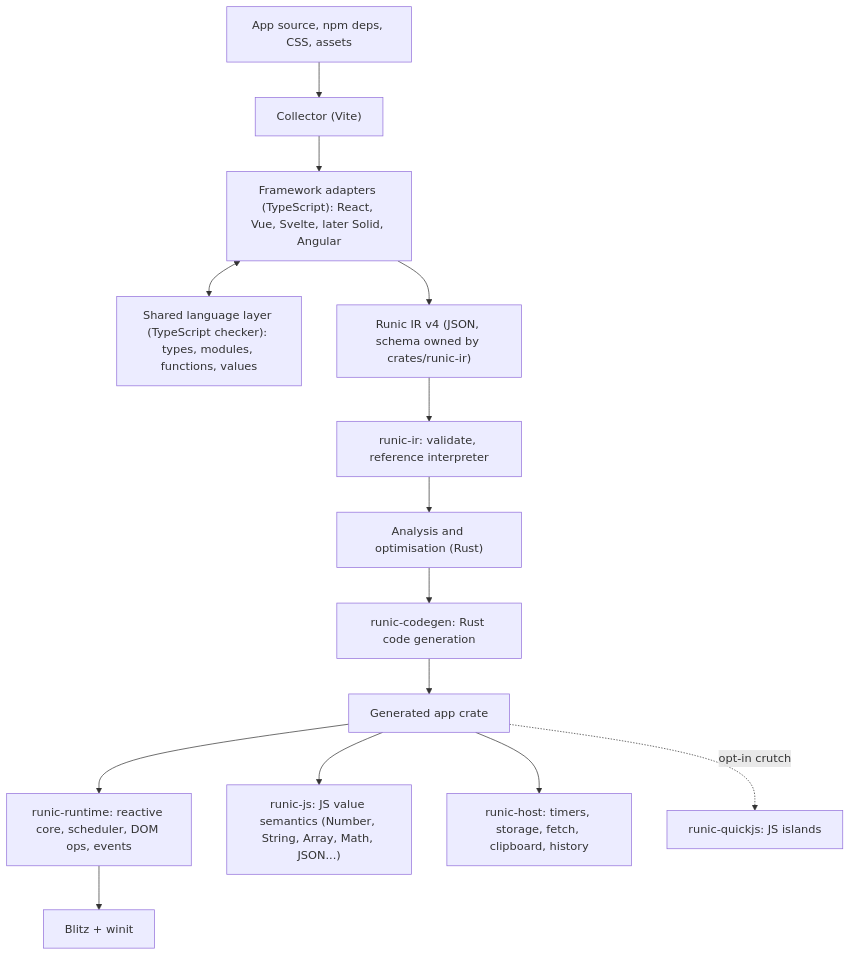
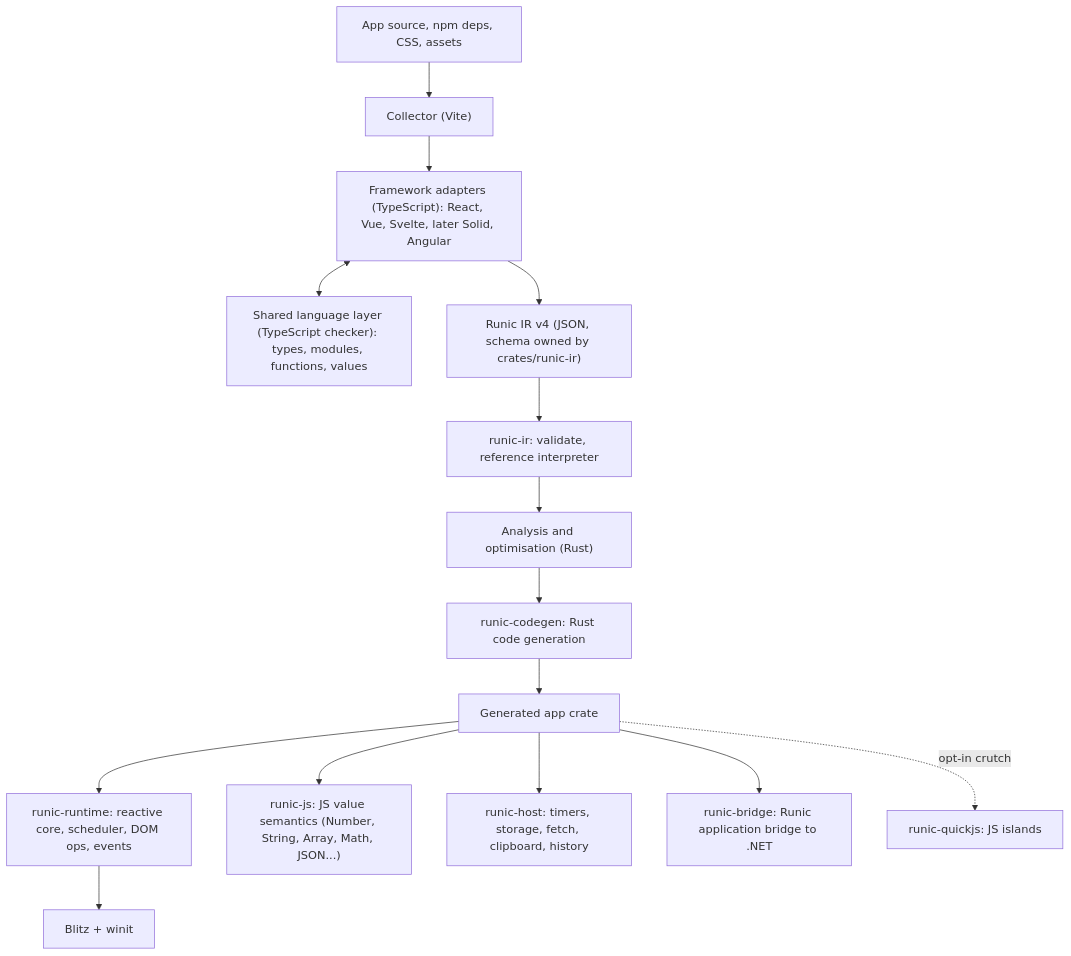
One commit to Runic-Artifex/runic-desktop-compiler changed the diagram in docs/ARCHITECTURE.md. Above: the diagram before and after it, drawn with Mermaid. The commit also changed other lines of this file and 4 other files, not shown here.

First line of the commit message:
Align roadmap with the Runic SDK goal

````diff
--- a/docs/ARCHITECTURE.md
+++ b/docs/ARCHITECTURE.md
@@ -11,16 +13,17 @@
 ```mermaid
 flowchart TD
     S["App source, npm deps, CSS, assets"] --> C["Collector (Vite)"]
     C --> A["Framework adapters (TypeScript): React, Vue, Svelte, later Solid, Angular"]
     A <--> L["Shared language layer (TypeScript checker): types, modules, functions, values"]
     A --> IR["Runic IR v4 (JSON, schema owned by crates/runic-ir)"]
     IR --> V["runic-ir: validate, reference interpreter"]
     V --> O["Analysis and optimisation (Rust)"]
     O --> G["runic-codegen: Rust code generation"]
     G --> APP["Generated app crate"]
     APP --> RT["runic-runtime: reactive core, scheduler, DOM ops, events"]
     APP --> JS["runic-js: JS value semantics (Number, String, Array, Math, JSON...)"]
     APP --> H["runic-host: timers, storage, fetch, clipboard, history"]
+    APP --> BR["runic-bridge: Runic application bridge to .NET"]
     APP -. "opt-in crutch" .-> Q["runic-quickjs: JS islands"]
     RT --> B["Blitz + winit"]
 ```
````
